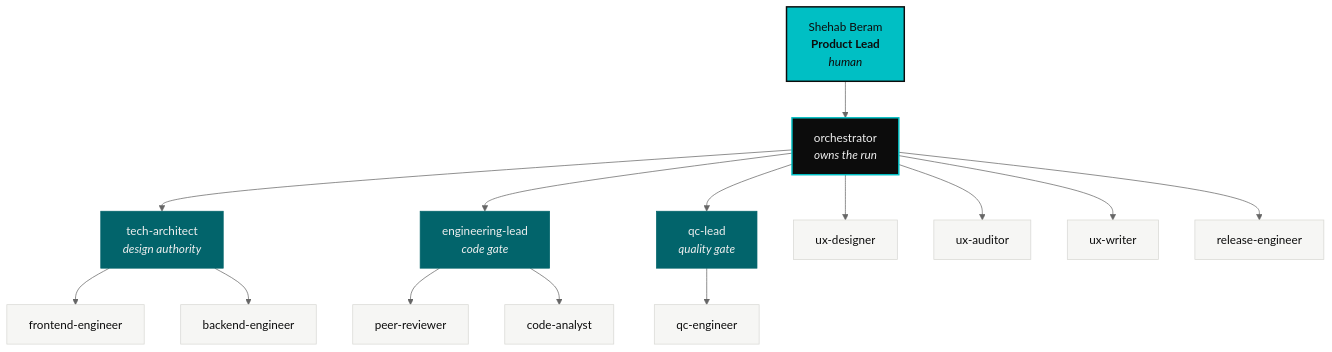
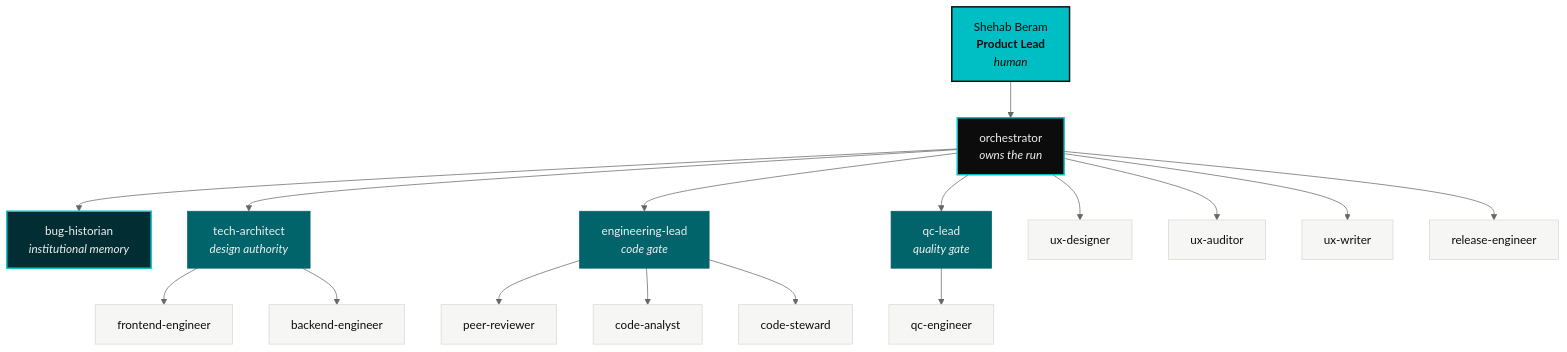
The first of 2 diagrams in docs/TEAM.md (Shehabov/actio), drawn with Mermaid (neutral theme) before and after one commit. The commit also changed other lines of this file and 15 other files, not shown here.

First line of the commit message:
Add bug-historian and code-steward, and settle the accent on Vega

````diff
--- a/docs/TEAM.md
+++ b/docs/TEAM.md
@@ -13,45 +13,50 @@
 ```mermaid
 flowchart TD
   SHEHAB["Shehab Beram<br/><b>Product Lead</b><br/><i>human</i>"]:::human
 
   ORC["orchestrator<br/><i>owns the run</i>"]:::lead
+  BH["bug-historian<br/><i>institutional memory</i>"]:::mem
 
   ARCH["tech-architect<br/><i>design authority</i>"]:::l2
   ENGL["engineering-lead<br/><i>code gate</i>"]:::l2
   QCL["qc-lead<br/><i>quality gate</i>"]:::l2
 
   UXD["ux-designer"]:::design
   UXA["ux-auditor"]:::design
   UXW["ux-writer"]:::design
 
   FE["frontend-engineer"]:::eng
   BE["backend-engineer"]:::eng
   PR["peer-reviewer"]:::eng
   CA["code-analyst"]:::eng
+  CS["code-steward"]:::eng
 
   QCE["qc-engineer"]:::qc
   REL["release-engineer"]:::rel
 
   SHEHAB --> ORC
+  ORC --> BH
   ORC --> ARCH
   ORC --> ENGL
   ORC --> QCL
   ORC --> UXD
   ORC --> UXA
   ORC --> UXW
   ORC --> REL
 
   ARCH --> FE
   ARCH --> BE
   ENGL --> PR
   ENGL --> CA
+  ENGL --> CS
   QCL --> QCE
 
   classDef human fill:#00BFC4,stroke:#0C0C0C,stroke-width:2px,color:#0C0C0C
   classDef lead fill:#0C0C0C,stroke:#00BFC4,stroke-width:2px,color:#EFEFEF
+  classDef mem fill:#022E33,stroke:#00BFC4,stroke-width:2px,color:#EFEFEF
   classDef l2 fill:#02646B,stroke:#02646B,color:#EFEFEF
   classDef design fill:#F6F6F4,stroke:#D8D8D4,color:#0C0C0C
   classDef eng fill:#F6F6F4,stroke:#D8D8D4,color:#0C0C0C
   classDef qc fill:#F6F6F4,stroke:#D8D8D4,color:#0C0C0C
   classDef rel fill:#F6F6F4,stroke:#D8D8D4,color:#0C0C0C
 ```
````
